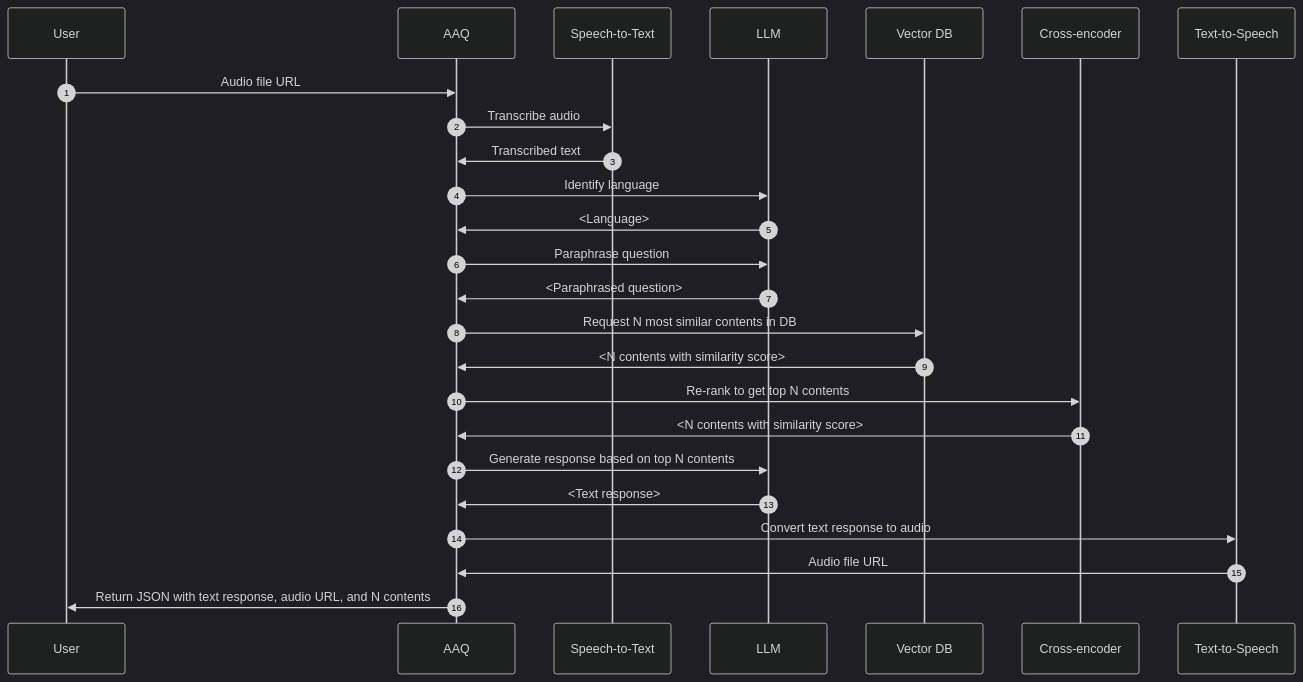
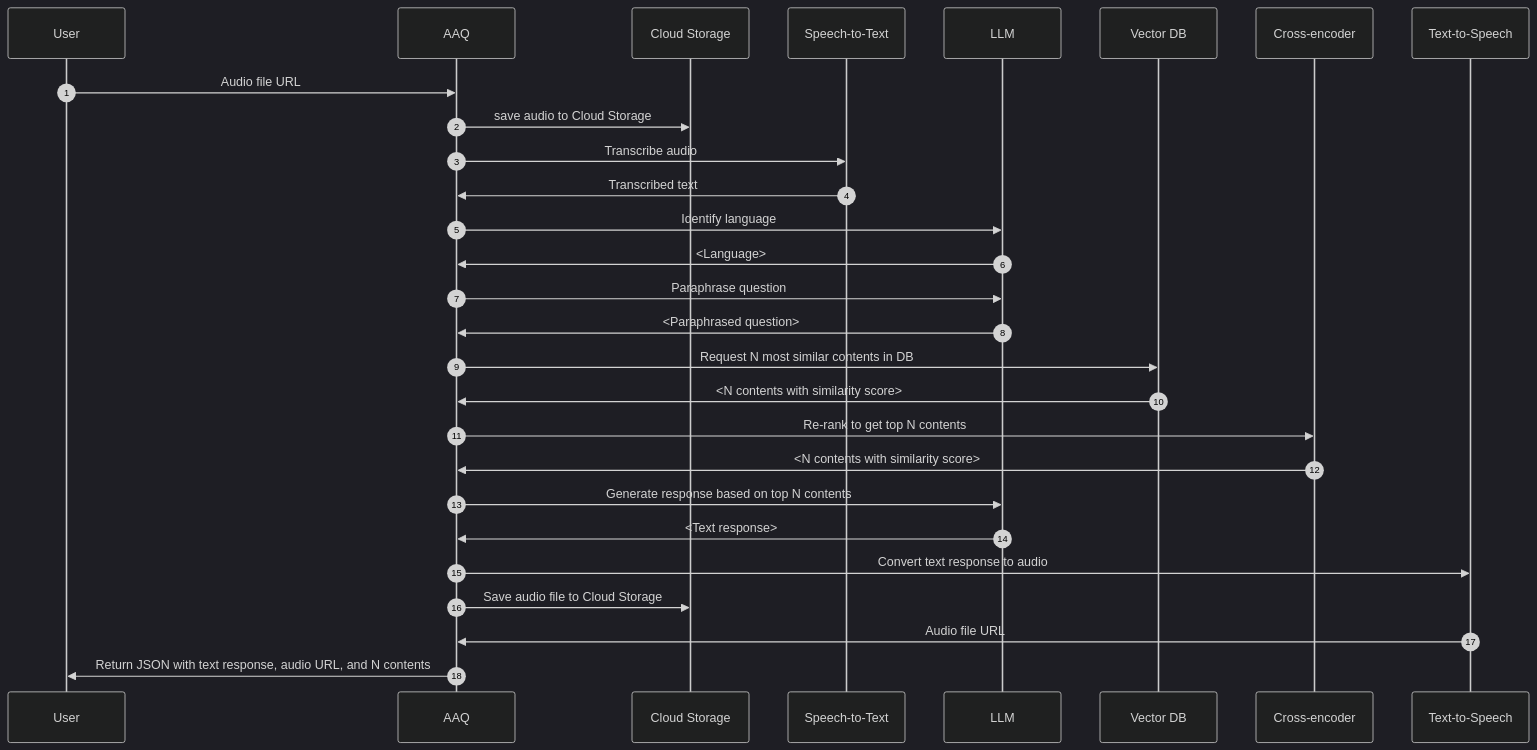
The diagram in docs/components/qa-service/voice-search.md (IDinsight/ask-a-question), drawn with Mermaid (dark theme) before and after one commit. The commit also changed 2 other files, not shown here.

Commit message:
Refactor Changes to the docs

````diff
--- a/docs/components/qa-service/voice-search.md
+++ b/docs/components/qa-service/voice-search.md
@@ -11,20 +11,22 @@
 ```mermaid
 sequenceDiagram
     autonumber
     User->>AAQ: Audio file URL
+    AAQ->>Cloud Storage: save audio to Cloud Storage
     AAQ->>Speech-to-Text: Transcribe audio
     Speech-to-Text->>AAQ: Transcribed text
     AAQ->>LLM: Identify language
     LLM->>AAQ: <Language>
     AAQ->>LLM: Paraphrase question
     LLM->>AAQ: <Paraphrased question>
     AAQ->>Vector DB: Request N most similar contents in DB
     Vector DB->>AAQ: <N contents with similarity score>
     AAQ->>Cross-encoder: Re-rank to get top N contents
     Cross-encoder->>AAQ: <N contents with similarity score>
     AAQ->>LLM: Generate response based on top N contents
     LLM->>AAQ: <Text response>
     AAQ->>Text-to-Speech: Convert text response to audio
+    AAQ->>Cloud Storage: Save audio file to Cloud Storage
     Text-to-Speech->>AAQ: Audio file URL
     AAQ->>User: Return JSON with text response, audio URL, and N contents
 ```
````
